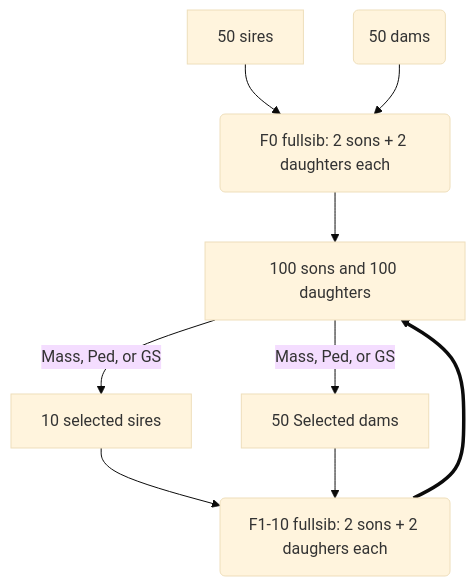
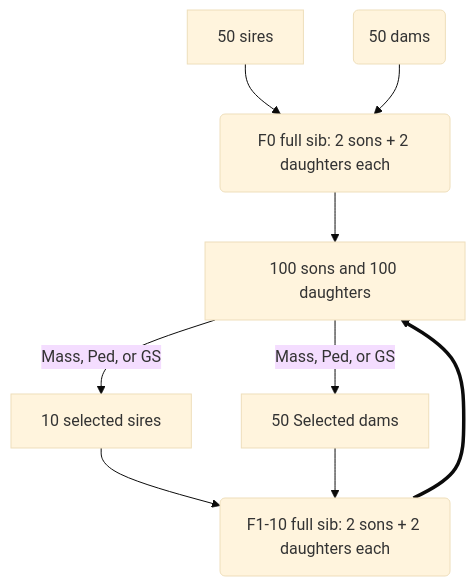
One commit to xijiang/rumigen.jl changed the second of 3 diagrams in docs/effb9.md. Above: the diagram before and after it, drawn with Mermaid (base theme). The commit also changed other lines of this file and 11 other files, not shown here.

````diff
--- a/docs/effb9.md
+++ b/docs/effb9.md
@@ -141,12 +141,12 @@
 ```mermaid
 graph TD
   
-  Sires[50 sires] --> T(F0 fullsib: 2 sons + 2 daughters each)
+  Sires[50 sires] --> T(F0 full sib: 2 sons + 2 daughters each)
   Dams(50 dams) --> T
   T --> Off[100 sons and 100 daughters]
   Off --> |Mass, Ped, or GS| S1[10 selected sires]
   Off --> |Mass, Ped, or GS| D1[50 Selected dams]
-  S1 --> T2(F1-10 fullsib: 2 sons + 2 daughers each)
+  S1 --> T2(F1-10 full sib: 2 sons + 2 daughters each)
   D1 --> T2
   T2 ==> Off
 ```
````
